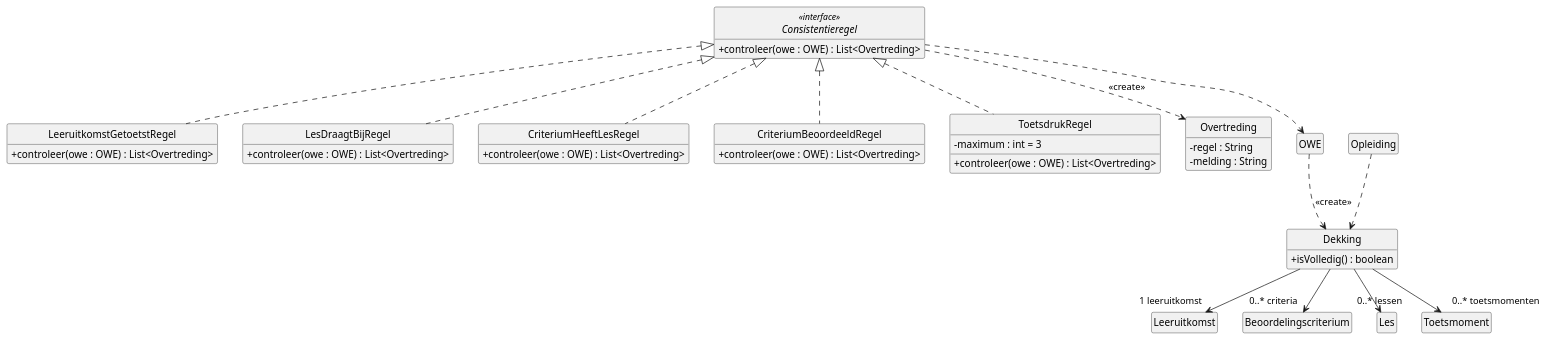
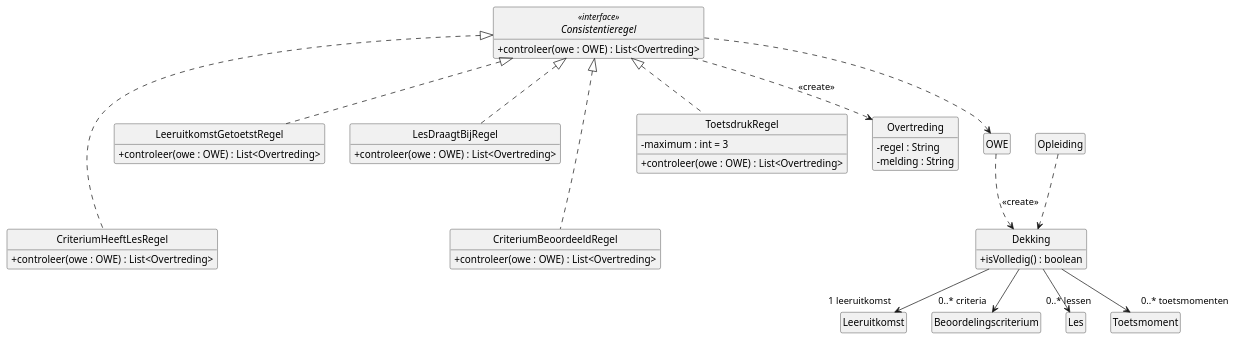
Before and after one commit to HAN-Craftsmanship-KL-JJG/casus: the diagram in docs/diagrams/klassendiagram-controle.puml, drawn with PlantUML. The commit also changed 5 other files, not shown here.

First line of the commit message:
docs: wrap long signatures in class diagrams

```diff
--- a/docs/diagrams/klassendiagram-controle.puml
+++ b/docs/diagrams/klassendiagram-controle.puml
@@ -1,64 +1,68 @@
 @startuml klassendiagram-controle
 ' Design class diagram van ICDE: consistentieregels en dekking (UC05, UC08).
 ' Toelichting: docs/klassendiagram.md
 ' OWE, Leeruitkomst, Beoordelingscriterium, Les en Toetsmoment staan volledig in
 ' klassendiagram-domein.puml.
 skinparam style strictuml
 skinparam shadowing false
 skinparam defaultFontName Helvetica
 skinparam classAttributeIconSize 0
 hide empty members
 
 interface Consistentieregel <<interface>> {
   + controleer(owe : OWE) : List<Overtreding>
 }
 
 class LeeruitkomstGetoetstRegel {
   + controleer(owe : OWE) : List<Overtreding>
 }
 class LesDraagtBijRegel {
   + controleer(owe : OWE) : List<Overtreding>
 }
 class CriteriumHeeftLesRegel {
   + controleer(owe : OWE) : List<Overtreding>
 }
 class CriteriumBeoordeeldRegel {
   + controleer(owe : OWE) : List<Overtreding>
 }
 class ToetsdrukRegel {
   - maximum : int = 3
   + controleer(owe : OWE) : List<Overtreding>
 }
 
 class Overtreding {
   - regel : String
   - melding : String
 }
 
 class Dekking {
   + isVolledig() : boolean
 }
 
 class OWE
 class Opleiding
 class Leeruitkomst
 class Beoordelingscriterium
 class Les
 class Toetsmoment
 
 Consistentieregel <|.. LeeruitkomstGetoetstRegel
 Consistentieregel <|.. LesDraagtBijRegel
 Consistentieregel <|.. CriteriumHeeftLesRegel
 Consistentieregel <|.. CriteriumBeoordeeldRegel
 Consistentieregel <|.. ToetsdrukRegel
 
+' Onzichtbare lijnen zetten de regels in twee rijen, zodat het diagram smaller wordt.
+LeeruitkomstGetoetstRegel -[hidden]down- CriteriumHeeftLesRegel
+LesDraagtBijRegel -[hidden]down- CriteriumBeoordeeldRegel
+
 Consistentieregel ..> OWE
 Consistentieregel ..> Overtreding : <<create>>
 
 Opleiding ..> Dekking
 OWE ..> Dekking : <<create>>
 Dekking --> "1 leeruitkomst" Leeruitkomst
 Dekking --> "0..* criteria" Beoordelingscriterium
 Dekking --> "0..* toetsmomenten" Toetsmoment
 Dekking --> "0..* lessen" Les
 @enduml
```
